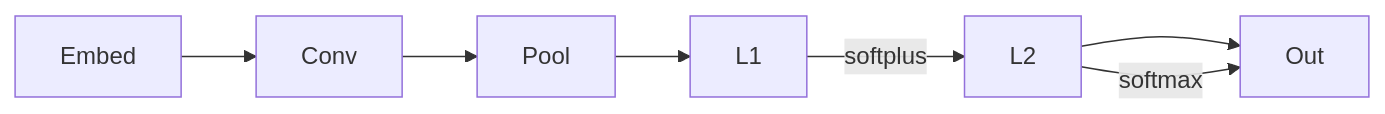
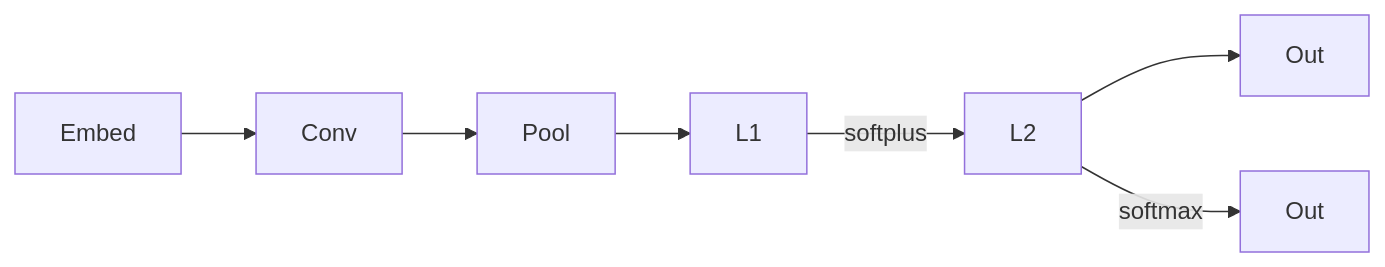
Before and after one commit to jcwang587/cgcnn2: the diagram in docs/2_cgcnn.md, drawn with Mermaid. The commit also changed 1 other file, not shown here.

Commit message:
update graph layer

````diff
--- a/docs/2_cgcnn.md
+++ b/docs/2_cgcnn.md
@@ -35,5 +35,5 @@
 ```mermaid
 graph LR
     A[Embed] --> B[Conv] --> C[Pool] --> D[L1] --> |softplus| E[L2] --> F[Out]
-    E --> |softmax| F
+    E --> |softmax| G[Out]
 ```
````
